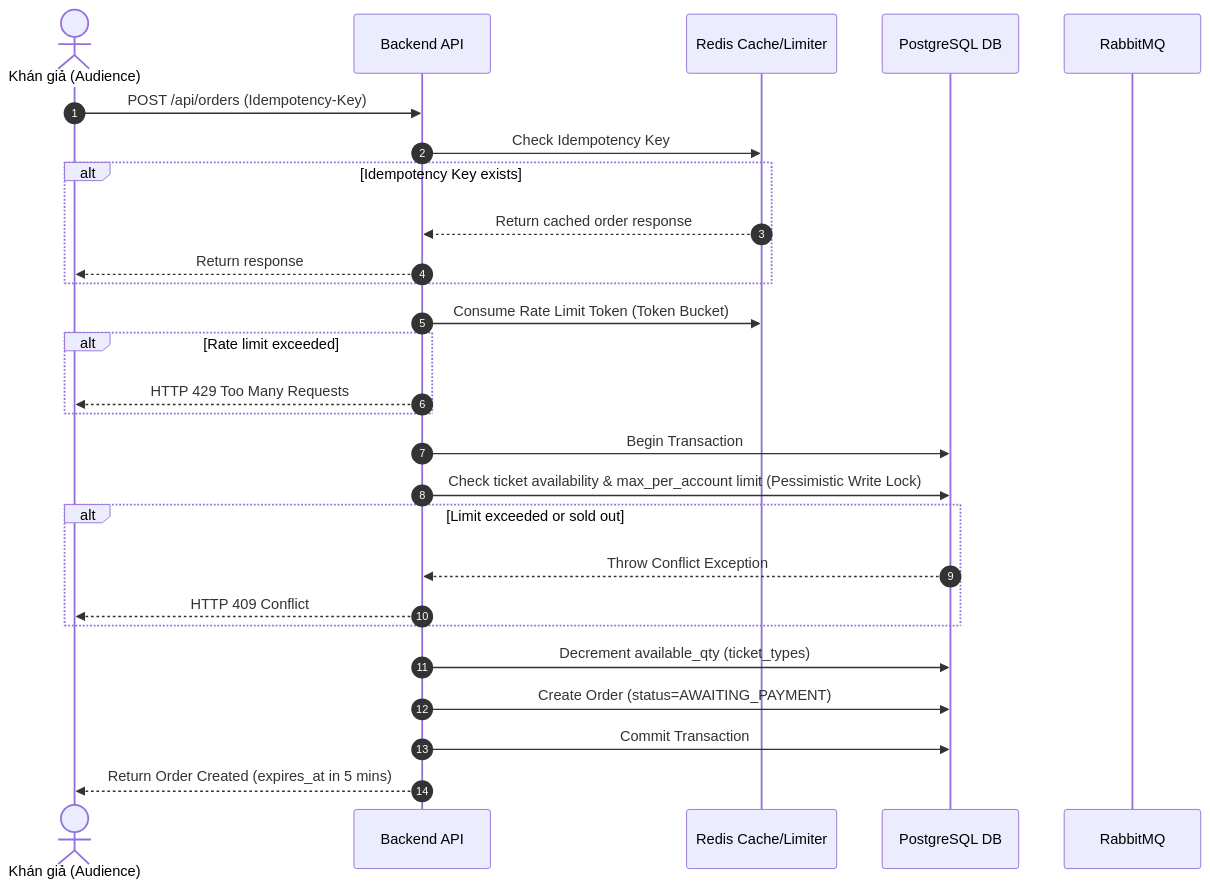
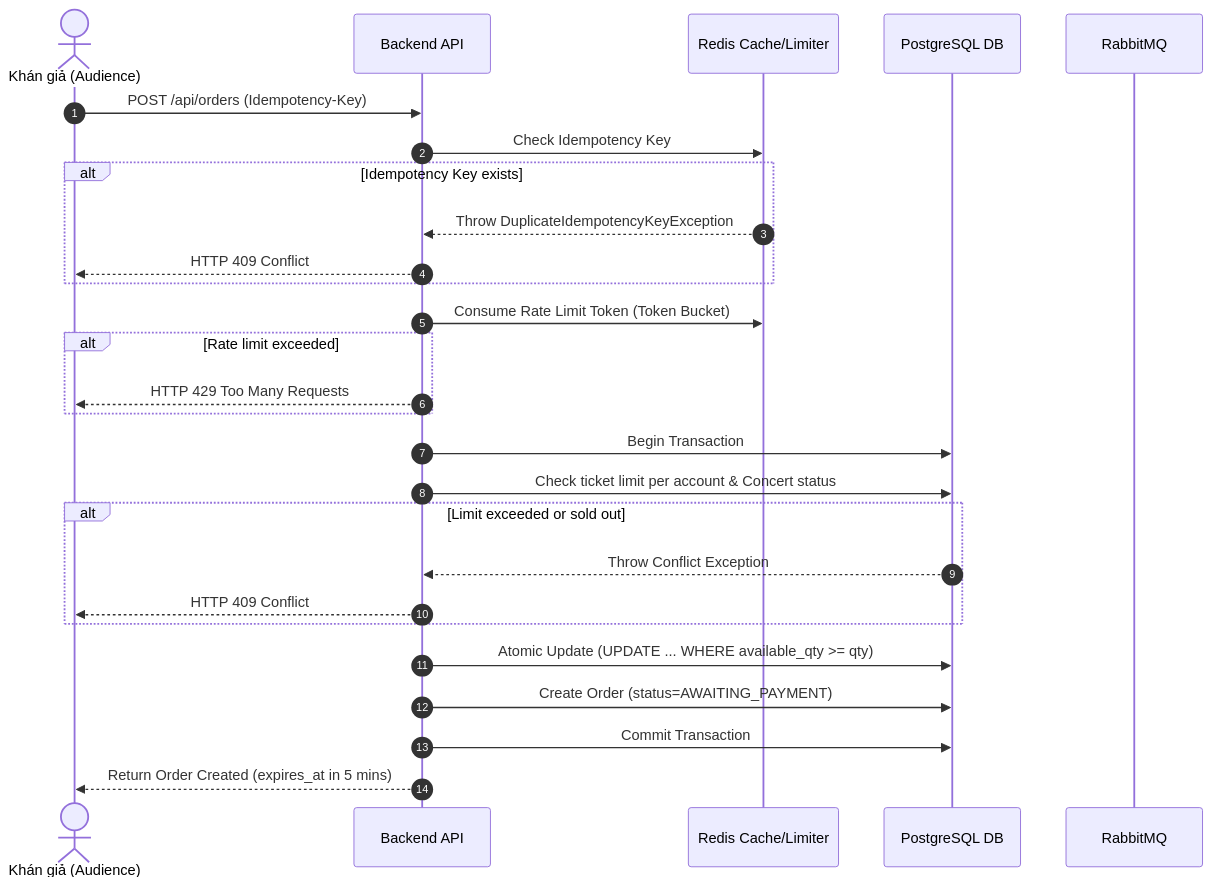
One commit to luc1fe4/ticketbox-modular-monolith changed the third of 4 diagrams in blueprint/design.md. Above: the diagram before and after it, drawn with Mermaid. The commit also changed other lines of this file and 19 other files, not shown here.

````diff
--- a/blueprint/design.md
+++ b/blueprint/design.md
@@ -67,32 +67,32 @@
 ```mermaid
 sequenceDiagram
     autonumber
     actor User as Khán giả (Audience)
     participant API as Backend API
     participant Redis as Redis Cache/Limiter
     participant DB as PostgreSQL DB
     participant MQ as RabbitMQ
 
     User->>API: POST /api/orders (Idempotency-Key)
     API->>Redis: Check Idempotency Key
     alt Idempotency Key exists
-        Redis-->>API: Return cached order response
-        API-->>User: Return response
+        Redis-->>API: Throw DuplicateIdempotencyKeyException
+        API-->>User: HTTP 409 Conflict
     end
     API->>Redis: Consume Rate Limit Token (Token Bucket)
     alt Rate limit exceeded
         API-->>User: HTTP 429 Too Many Requests
     end
     
     API->>DB: Begin Transaction
-    API->>DB: Check ticket availability & max_per_account limit (Pessimistic Write Lock)
+    API->>DB: Check ticket limit per account & Concert status
     alt Limit exceeded or sold out
         DB-->>API: Throw Conflict Exception
         API-->>User: HTTP 409 Conflict
     end
-    API->>DB: Decrement available_qty (ticket_types)
+    API->>DB: Atomic Update (UPDATE ... WHERE available_qty >= qty)
     API->>DB: Create Order (status=AWAITING_PAYMENT)
     API->>DB: Commit Transaction
     
     API-->>User: Return Order Created (expires_at in 5 mins)
 ```
````
